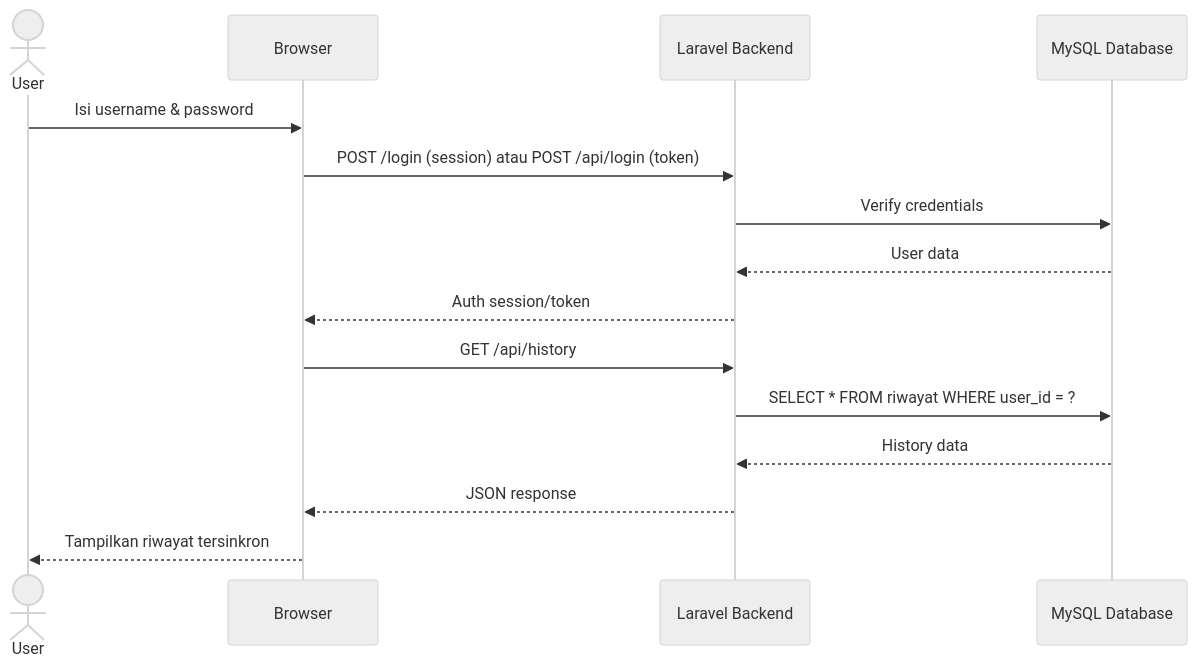
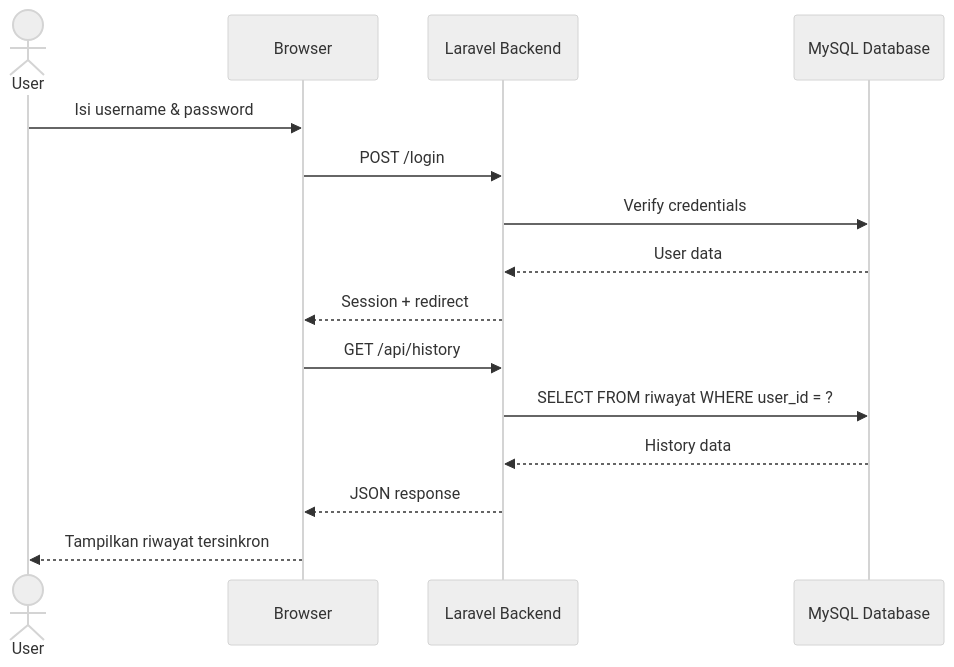
One commit to falcon-ioi/Caclcon changed the fifth of 6 diagrams in e-concalc-web/README.md. Above: the diagram before and after it, drawn with Mermaid (neutral theme). The commit also changed other lines of this file, not shown here.

````diff
--- a/e-concalc-web/README.md
+++ b/e-concalc-web/README.md
@@ -270,18 +190,18 @@
 ```mermaid
 sequenceDiagram
     actor User
     participant Browser
     participant Laravel as Laravel Backend
     participant DB as MySQL Database
 
     User->>Browser: Isi username & password
-    Browser->>Laravel: POST /login (session) atau POST /api/login (token)
+    Browser->>Laravel: POST /login
     Laravel->>DB: Verify credentials
     DB-->>Laravel: User data
-    Laravel-->>Browser: Auth session/token
+    Laravel-->>Browser: Session + redirect
     Browser->>Laravel: GET /api/history
-    Laravel->>DB: SELECT * FROM riwayat WHERE user_id = ?
+    Laravel->>DB: SELECT FROM riwayat WHERE user_id = ?
     DB-->>Laravel: History data
     Laravel-->>Browser: JSON response
     Browser-->>User: Tampilkan riwayat tersinkron
 ```
````
